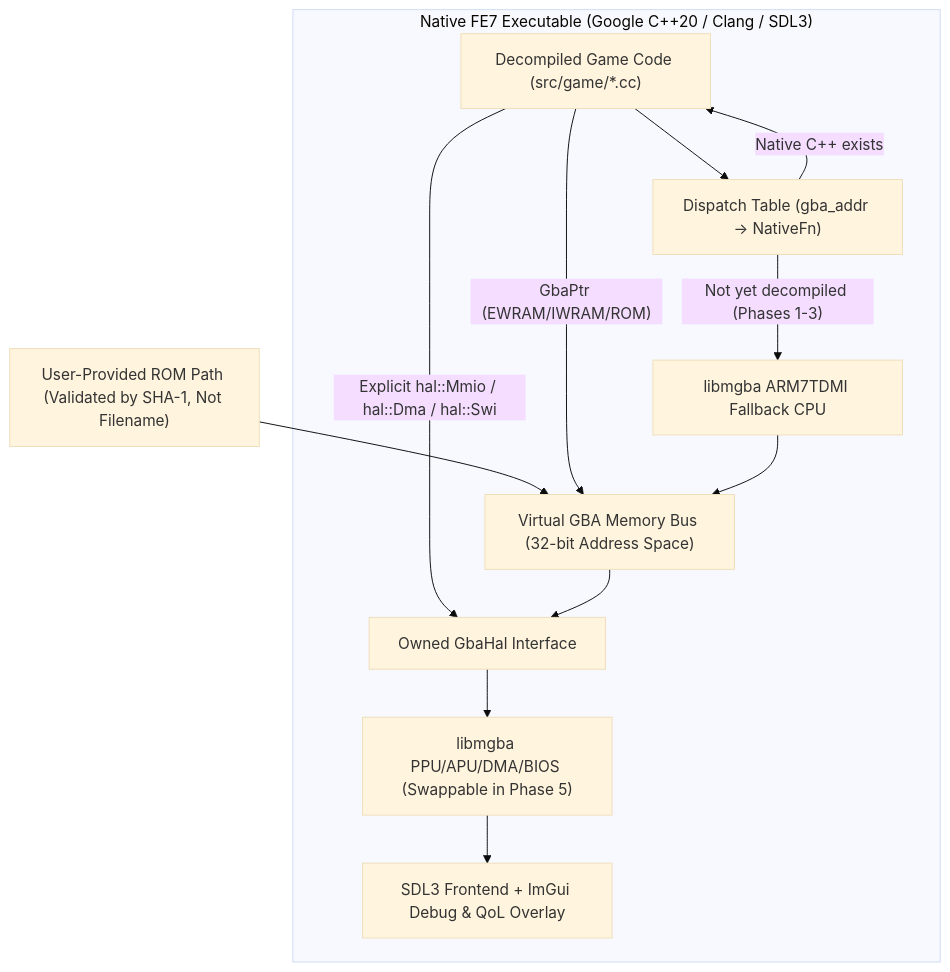
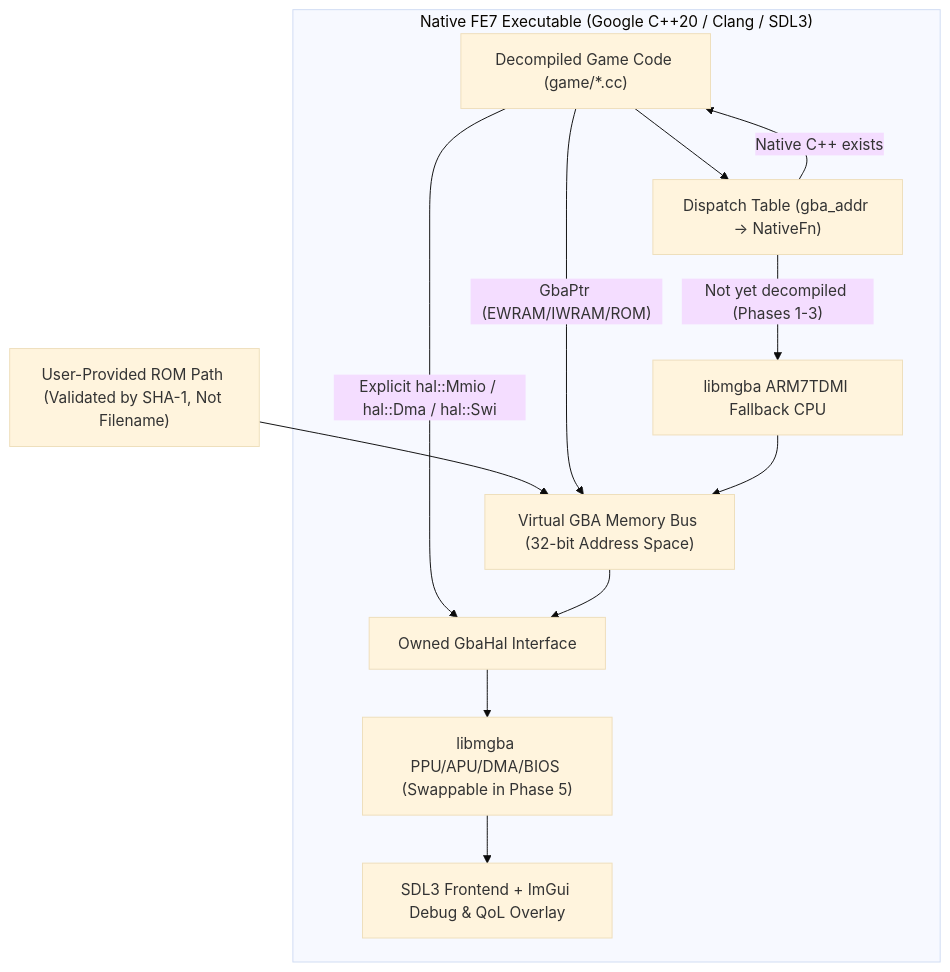
The first of 2 diagrams in docs/implementation_plan.md (zziccardi/fe7), drawn with Mermaid (base theme) before and after one commit. The commit also changed other lines of this file, not shown here.

````diff
--- a/docs/implementation_plan.md
+++ b/docs/implementation_plan.md
@@ -14,15 +14,15 @@
 ```mermaid
 flowchart TD
     ROM["User-Provided ROM Path (Validated by SHA-1, Not Filename)"] --> MEM
     subgraph App["Native FE7 Executable (Google C++20 / Clang / SDL3)"]
-        GAME["Decompiled Game Code (src/game/*.cc)"] --> DISP["Dispatch Table (gba_addr -> NativeFn)"]
+        GAME["Decompiled Game Code (game/*.cc)"] --> DISP["Dispatch Table (gba_addr -> NativeFn)"]
         DISP -->|"Native C++ exists"| GAME
         DISP -->|"Not yet decompiled (Phases 1-3)"| FALLBACK["libmgba ARM7TDMI Fallback CPU"]
         GAME -->|"GbaPtr<T> (EWRAM/IWRAM/ROM)"| MEM["Virtual GBA Memory Bus (32-bit Address Space)"]
         FALLBACK --> MEM
         GAME -->|"Explicit hal::Mmio / hal::Dma / hal::Swi"| HAL["Owned GbaHal Interface"]
         MEM --> HAL
         HAL --> PPU["libmgba PPU/APU/DMA/BIOS (Swappable in Phase 5)"]
         PPU --> SDL["SDL3 Frontend + ImGui Debug & QoL Overlay"]
     end
 ```
````
